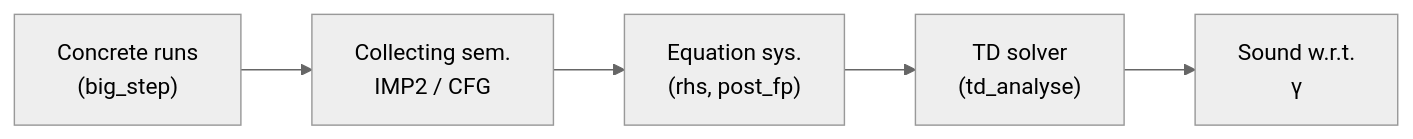
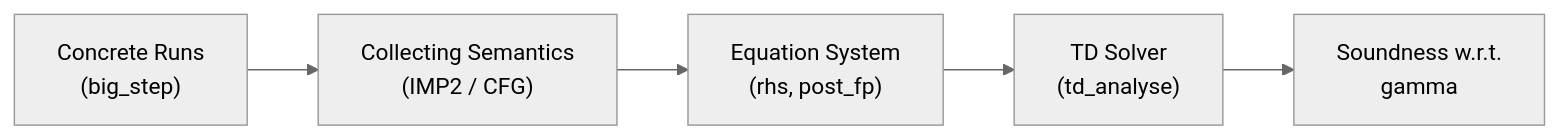
The first of 2 diagrams in docs/IMPLEMENTATION_GUIDE.md (ManuelLerchner/Voblint-Verification-Master-Thesis), drawn with Mermaid (neutral theme) before and after one commit. The commit also changed other lines of this file and 10 other files, not shown here.

````diff
--- a/docs/IMPLEMENTATION_GUIDE.md
+++ b/docs/IMPLEMENTATION_GUIDE.md
@@ -21,12 +23,12 @@
 ```mermaid
 flowchart LR
-  S["Concrete runs\n(big_step)"]
-  Col["Collecting sem.\nIMP2 / CFG"]
-  Eq["Equation sys.\n(rhs, post_fp)"]
-  Sol["TD solver\n(td_analyse)"]
-  Sound["Sound w.r.t.\nγ"]
+  S["Concrete Runs<br/>(big_step)"]
+  Col["Collecting Semantics<br/>(IMP2 / CFG)"]
+  Eq["Equation System<br/>(rhs, post_fp)"]
+  Sol["TD Solver<br/>(td_analyse)"]
+  Sound["Soundness w.r.t.<br/>gamma"]
   S --> Col
   Col --> Eq
   Eq --> Sol
   Sol --> Sound
 ```
````
